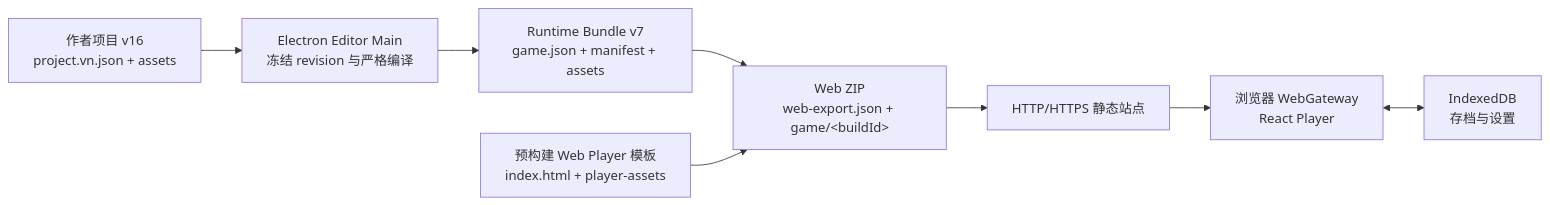
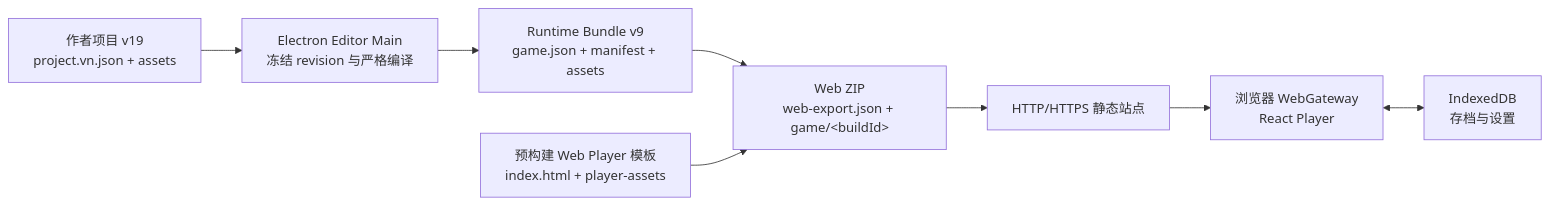
One commit to DarkboyRyan/Scratch-Novel-Engine changed the first of 2 diagrams in docs/web-player-export.md. Above: the diagram before and after it, drawn with Mermaid. The commit also changed other lines of this file and 532 other files, not shown here.

````diff
--- a/docs/web-player-export.md
+++ b/docs/web-player-export.md
@@ -52,16 +55,16 @@
 ```mermaid
 flowchart LR
-  AUTHOR["作者项目 v16<br/>project.vn.json + assets"]
+  AUTHOR["作者项目 v19<br/>project.vn.json + assets"]
   EDITOR["Electron Editor Main<br/>冻结 revision 与严格编译"]
-  RUNTIME["Runtime Bundle v7<br/>game.json + manifest + assets"]
+  RUNTIME["Runtime Bundle v9<br/>game.json + manifest + assets"]
   TEMPLATE["预构建 Web Player 模板<br/>index.html + player-assets"]
   ZIP["Web ZIP<br/>web-export.json + game/&lt;buildId&gt;"]
   HOST["HTTP/HTTPS 静态站点"]
   WEB["浏览器 WebGateway<br/>React Player"]
   STORAGE["IndexedDB<br/>存档与设置"]
 
   AUTHOR --> EDITOR --> RUNTIME --> ZIP
   TEMPLATE --> ZIP
   ZIP --> HOST --> WEB
   WEB <--> STORAGE
 ```
````
